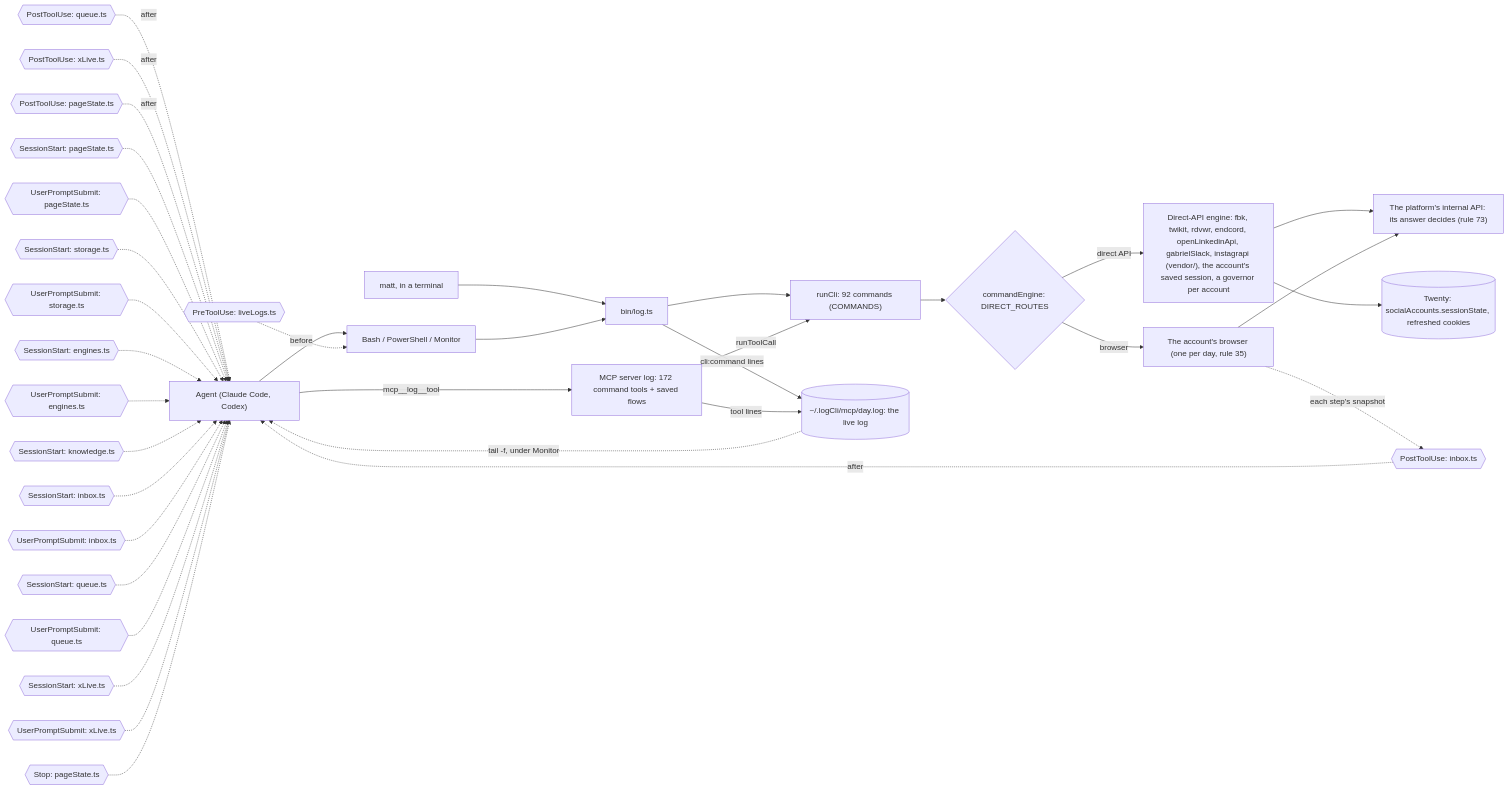
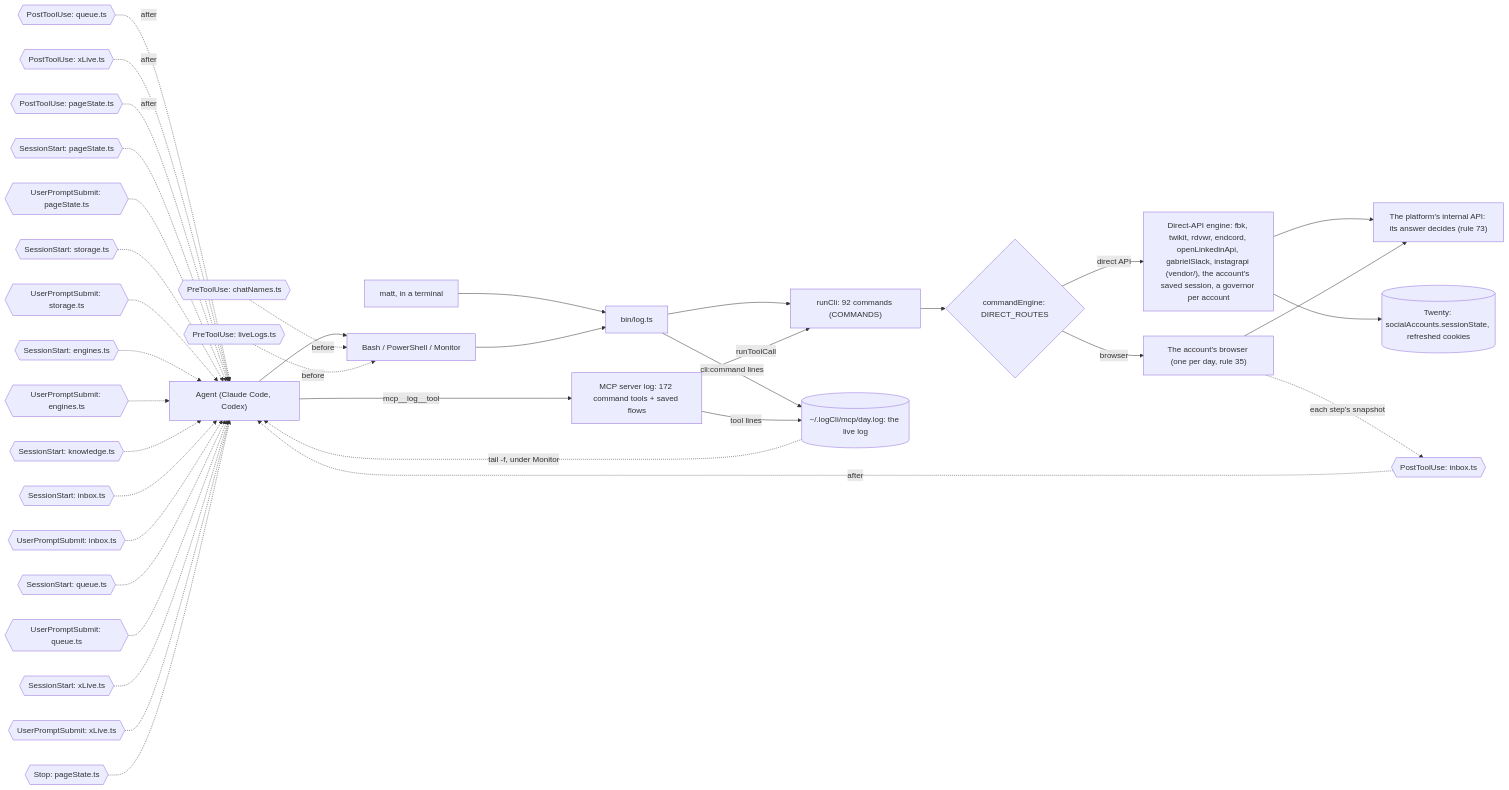
The third of 6 diagrams in docs/reference.md (matthewdonsemail-lab/log), drawn with Mermaid before and after one commit. The commit also changed other lines of this file and 29 other files, not shown here.

````diff
--- a/docs/reference.md
+++ b/docs/reference.md
@@ -187,50 +187,51 @@
 ```mermaid
 flowchart LR
   agent["Agent (Claude Code, Codex)"]
   matt["matt, in a terminal"]
   shell["Bash / PowerShell / Monitor"]
   mcp["MCP server log: 172 command tools + saved flows"]
   bin["bin/log.ts"]
   runCli["runCli: 92 commands (COMMANDS)"]
   live[("~/.logCli/mcp/day.log: the live log")]
   engine{"commandEngine: DIRECT_ROUTES"}
   direct["Direct-API engine: fbk, twikit, rdvwr, endcord, openLinkedinApi, gabrielSlack, instagrapi (vendor/), the account's saved session, a governor per account"]
   browser["The account's browser (one per day, rule 35)"]
   api["The platform's internal API: its answer decides (rule 73)"]
   twenty[("Twenty: socialAccounts.sessionState, refreshed cookies")]
   agent --> shell
   matt --> bin
   shell --> bin
   agent -->|mcp__log__tool| mcp
   bin --> runCli
   mcp -->|runToolCall| runCli
   runCli --> engine
   engine -->|direct API| direct
   engine -->|browser| browser
   direct --> api
   browser --> api
   direct --> twenty
   bin -->|cli:command lines| live
   mcp -->|tool lines| live
   live -.->|tail -f, under Monitor| agent
-  pre0{{"PreToolUse: liveLogs.ts"}} -.->|before| shell
+  pre0{{"PreToolUse: chatNames.ts"}} -.->|before| shell
+  pre1{{"PreToolUse: liveLogs.ts"}} -.->|before| shell
   post0{{"PostToolUse: inbox.ts"}} -.->|after| agent
   post1{{"PostToolUse: queue.ts"}} -.->|after| agent
   post2{{"PostToolUse: xLive.ts"}} -.->|after| agent
   post3{{"PostToolUse: pageState.ts"}} -.->|after| agent
   turn0{{"SessionStart: pageState.ts"}} -.-> agent
   turn1{{"UserPromptSubmit: pageState.ts"}} -.-> agent
   turn2{{"SessionStart: storage.ts"}} -.-> agent
   turn3{{"UserPromptSubmit: storage.ts"}} -.-> agent
   turn4{{"SessionStart: engines.ts"}} -.-> agent
   turn5{{"UserPromptSubmit: engines.ts"}} -.-> agent
   turn6{{"SessionStart: knowledge.ts"}} -.-> agent
   turn7{{"SessionStart: inbox.ts"}} -.-> agent
   turn8{{"UserPromptSubmit: inbox.ts"}} -.-> agent
   turn9{{"SessionStart: queue.ts"}} -.-> agent
   turn10{{"UserPromptSubmit: queue.ts"}} -.-> agent
   turn11{{"SessionStart: xLive.ts"}} -.-> agent
   turn12{{"UserPromptSubmit: xLive.ts"}} -.-> agent
   turn13{{"Stop: pageState.ts"}} -.-> agent
   browser -.->|each step's snapshot| post0
 ```
````
